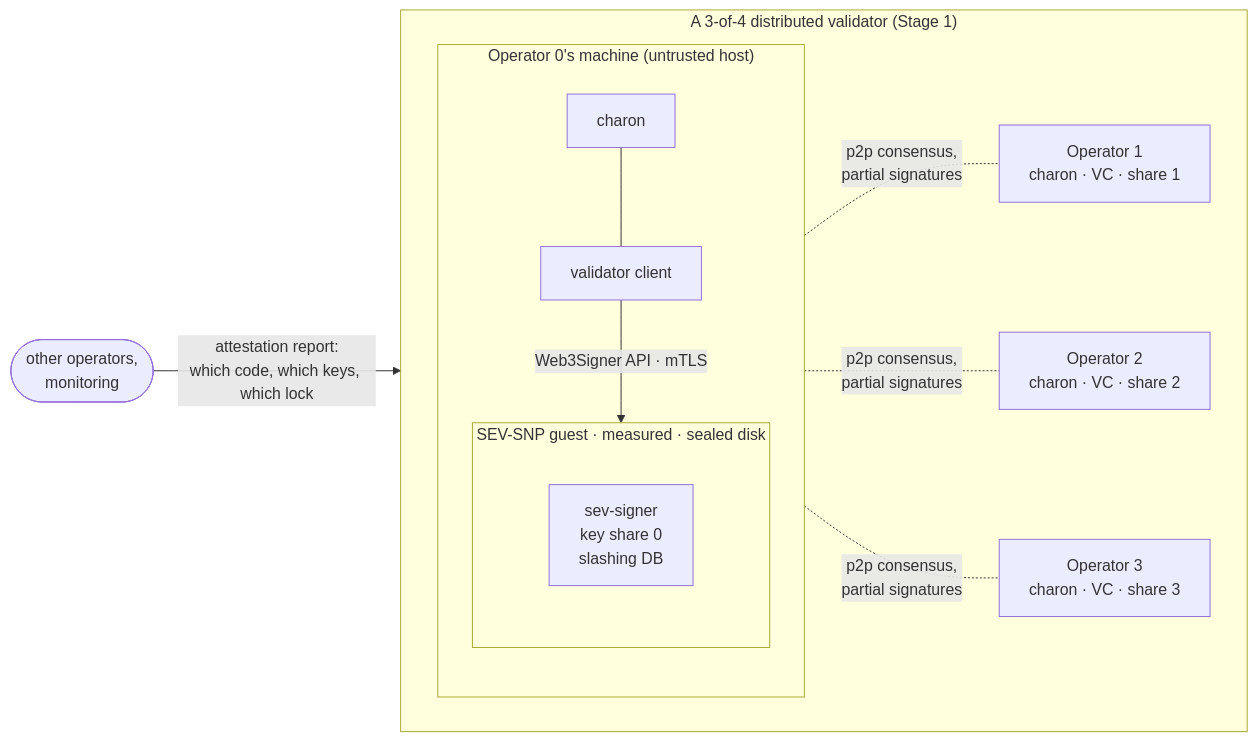
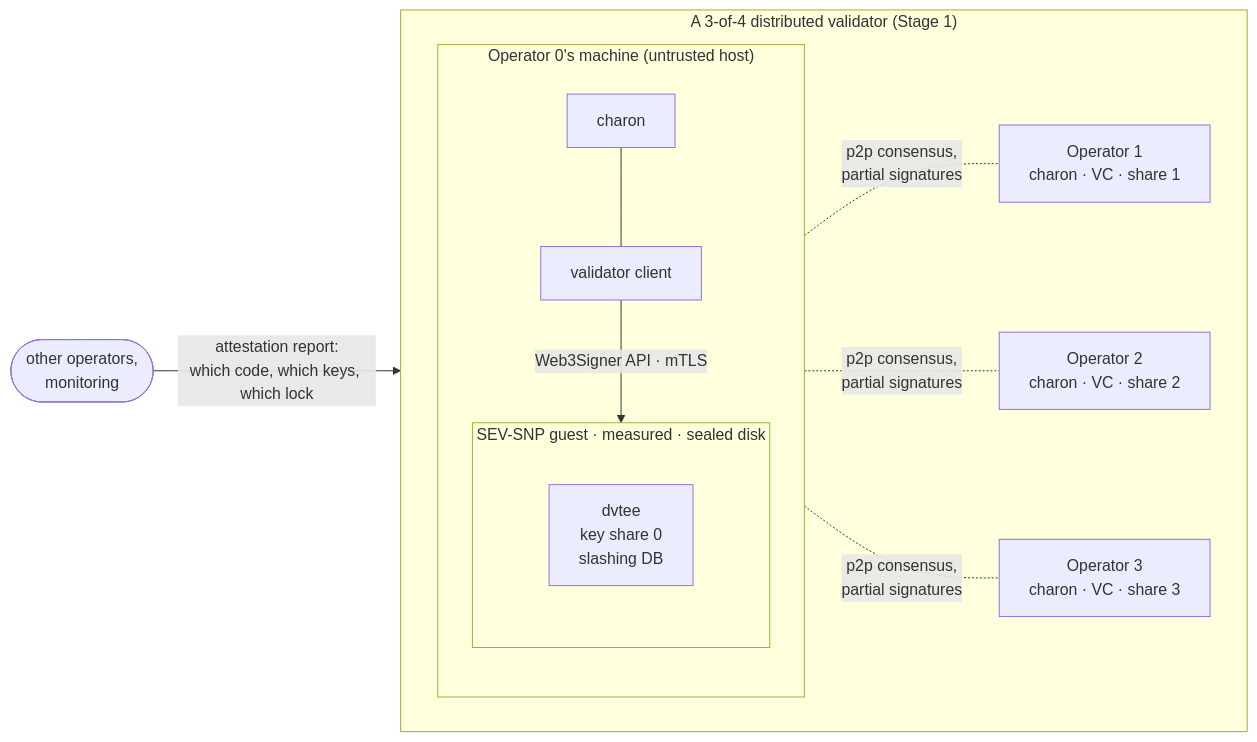
Before and after one commit to ObolNetwork/dvtee: the diagram in README.md, drawn with Mermaid. The commit also changed other lines of this file and 77 other files, not shown here.

First line of the commit message:
chore: rename sev-signer to dvtee

````diff
--- a/README.md
+++ b/README.md
@@ -26,19 +26,19 @@
 ```mermaid
 flowchart LR
   subgraph cluster["A 3-of-4 distributed validator (Stage 1)"]
     direction LR
     subgraph op0["Operator 0's machine (untrusted host)"]
       direction TB
       c0[charon] --- vc0[validator client]
       vc0 -- "Web3Signer API · mTLS" --> g0
       subgraph g0["SEV-SNP guest · measured · sealed disk"]
-        s0["sev-signer<br/>key share 0<br/>slashing DB"]
+        s0["dvtee<br/>key share 0<br/>slashing DB"]
       end
     end
     op1["Operator 1<br/>charon · VC · share 1"]
     op2["Operator 2<br/>charon · VC · share 2"]
     op3["Operator 3<br/>charon · VC · share 3"]
     c0 -. "p2p consensus,<br/>partial signatures" .- op1 & op2 & op3
   end
   peers(["other operators,<br/>monitoring"]) -- "attestation report:<br/>which code, which keys, which lock" --> g0
 ```
````
